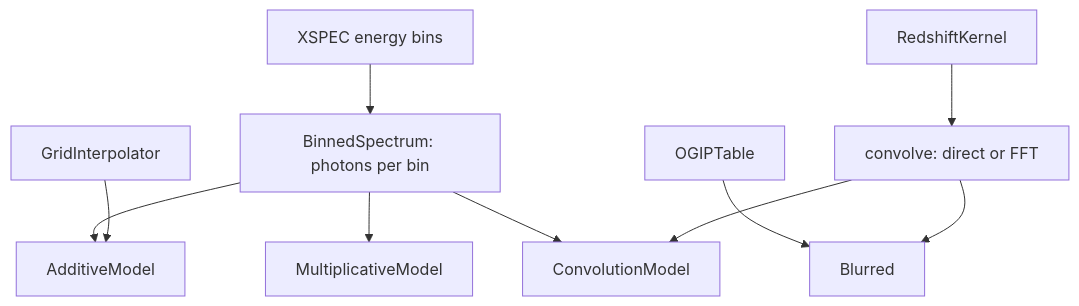
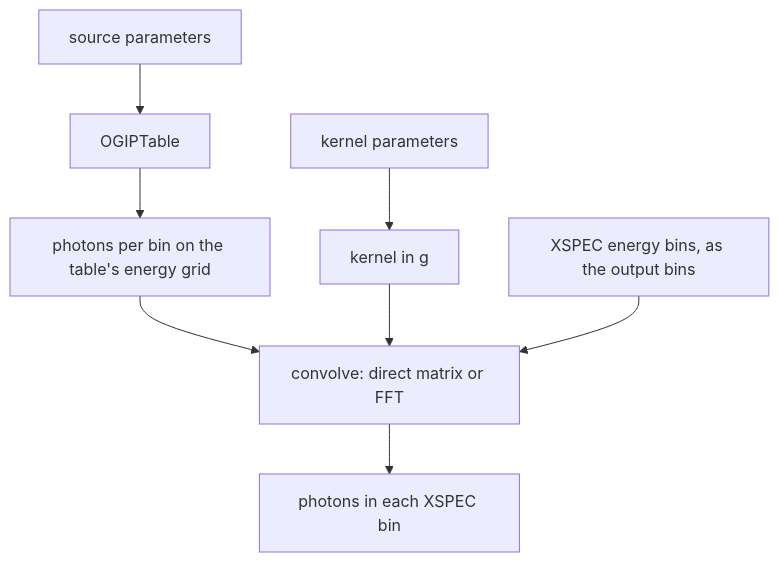
One commit to phajy/JuliaXSPEC.jl changed the sixth of 6 diagrams in README.md. Above: the diagram before and after it, drawn with Mermaid. The commit also changed other lines of this file and 21 other files, not shown here.

First line of the commit message:
Explain each model construction on its own, and show the table comparison on log axes.

````diff
--- a/README.md
+++ b/README.md
@@ -19,22 +165,10 @@
 ```mermaid
 flowchart TD
-  edges["XSPEC energy bins"]
-  spectrum["BinnedSpectrum: photons per bin"]
-  addModel[AdditiveModel]
-  mulModel[MultiplicativeModel]
-  conModel[ConvolutionModel]
-  grid[GridInterpolator]
-  table[OGIPTable]
-  kernel[RedshiftKernel]
-  conv["convolve: direct or FFT"]
-  blurred[Blurred]
-  edges --> spectrum
-  spectrum --> addModel
-  spectrum --> mulModel
-  spectrum --> conModel
-  grid --> addModel
-  table --> blurred
-  kernel --> conv
-  conv --> conModel
-  conv --> blurred
+    params["source parameters"] --> table["OGIPTable"]
+    table --> spec["photons per bin on the table's energy grid"]
+    kparams["kernel parameters"] --> kernel["kernel in g"]
+    spec --> conv["convolve: direct matrix or FFT"]
+    kernel --> conv
+    bins["XSPEC energy bins, as the output bins"] --> conv
+    conv --> out["photons in each XSPEC bin"]
 ```
````
